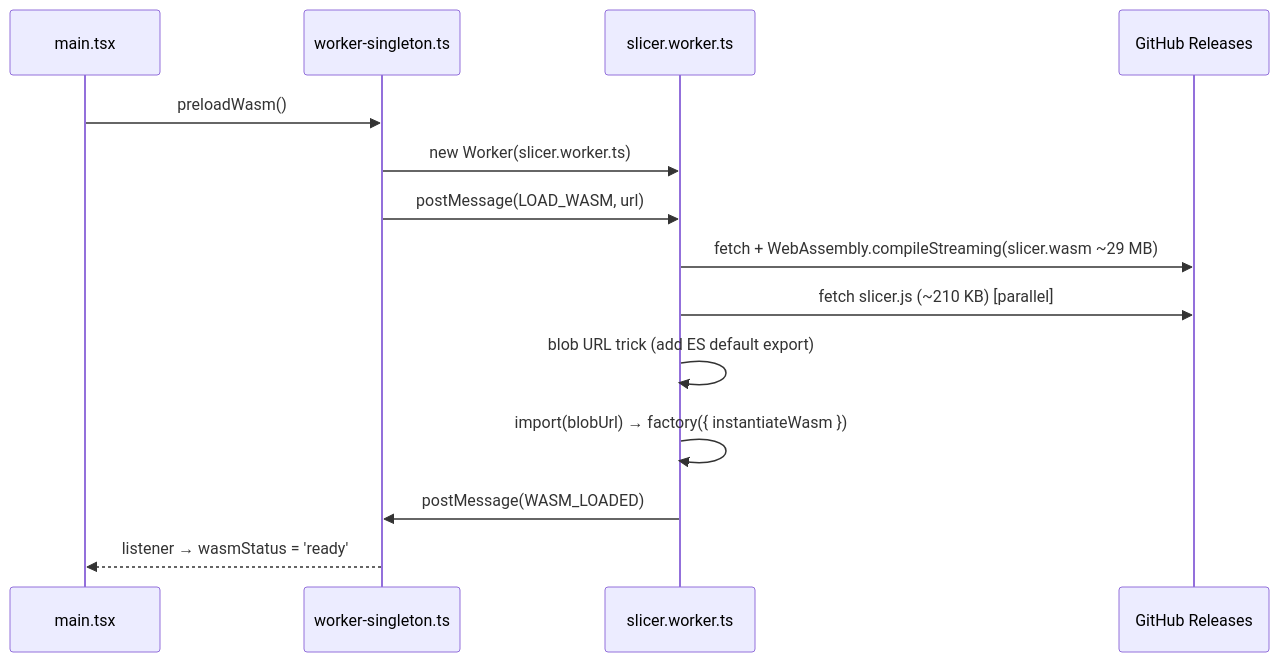
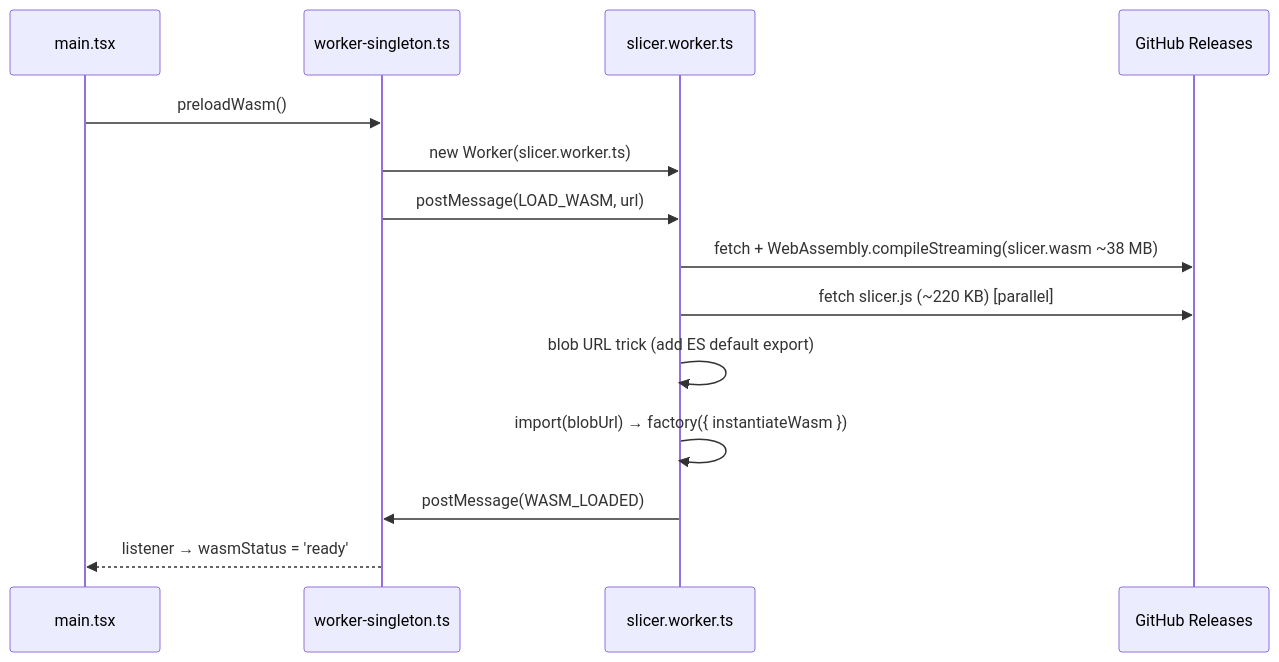
One commit to Hiosdra/OrcaWeb changed the diagram in mkdocs-docs/architecture.md. Above: the diagram before and after it, drawn with Mermaid. The commit also changed other lines of this file and 10 other files, not shown here.

````diff
--- a/mkdocs-docs/architecture.md
+++ b/mkdocs-docs/architecture.md
@@ -59,17 +59,17 @@
 ```mermaid
 sequenceDiagram
     participant M as main.tsx
     participant S as worker-singleton.ts
     participant W as slicer.worker.ts
     participant R as GitHub Releases
 
     M->>S: preloadWasm()
     S->>W: new Worker(slicer.worker.ts)
     S->>W: postMessage(LOAD_WASM, url)
-    W->>R: fetch + WebAssembly.compileStreaming(slicer.wasm ~29 MB)
-    W->>R: fetch slicer.js (~210 KB) [parallel]
+    W->>R: fetch + WebAssembly.compileStreaming(slicer.wasm ~38 MB)
+    W->>R: fetch slicer.js (~220 KB) [parallel]
     W->>W: blob URL trick (add ES default export)
     W->>W: import(blobUrl) → factory({ instantiateWasm })
     W->>S: postMessage(WASM_LOADED)
     S-->>M: listener → wasmStatus = 'ready'
 ```
````
